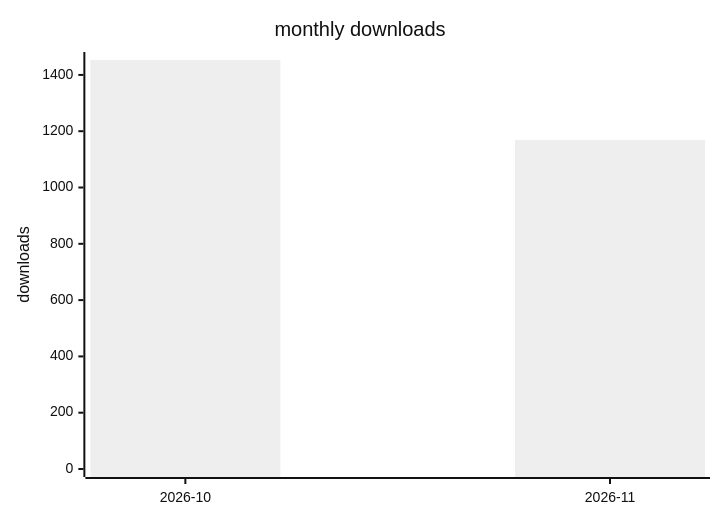
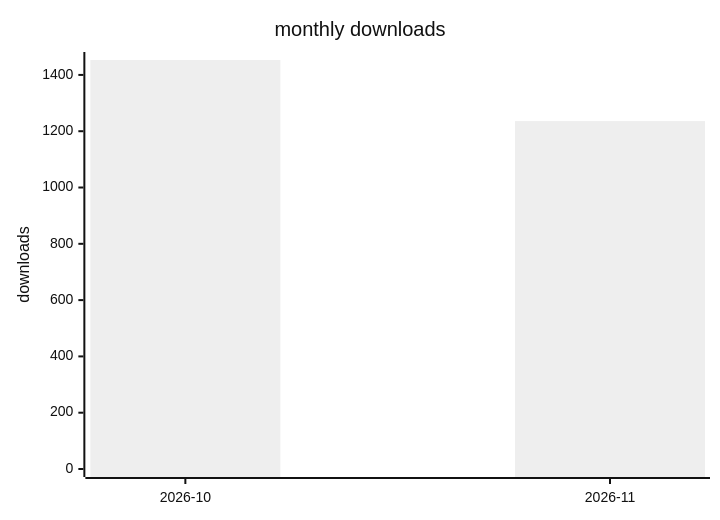
One commit to terry2010/dsh-loop-recover changed the second of 2 diagrams in docs/downloads-2026.md. Above: the diagram before and after it, drawn with Mermaid (neutral theme). The commit also changed other lines of this file and 1 other file, not shown here.

````diff
--- a/docs/downloads-2026.md
+++ b/docs/downloads-2026.md
@@ -29,7 +29,7 @@
 ```mermaid
 xychart-beta
     title "monthly downloads"
     x-axis ["2026-10", "2026-11"]
     y-axis "downloads" 0 --> 1453
-    bar [1453, 1169]
+    bar [1453, 1236]
 ```
````
